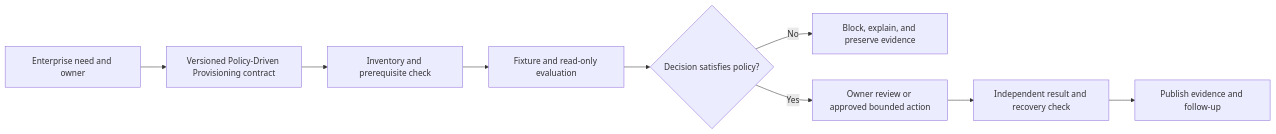
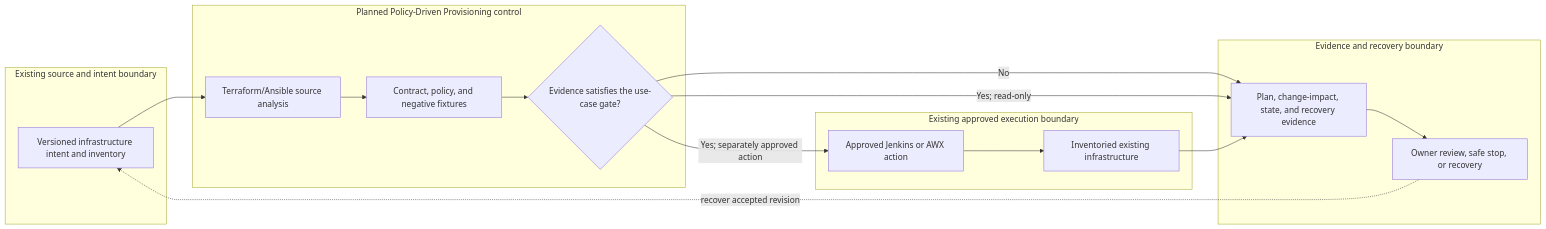
Before and after one commit to MIDHTECH/enterprise-architecture-docs: the diagram in docs/use-cases/infrastructure/UC-INFRA-012-policy-driven-provisioning.md, drawn with Mermaid. The commit also changed other lines of this file and 227 other files, not shown here.

Commit message:
Deepen architecture for all use case designs

````diff
--- a/docs/use-cases/infrastructure/UC-INFRA-012-policy-driven-provisioning.md
+++ b/docs/use-cases/infrastructure/UC-INFRA-012-policy-driven-provisioning.md
@@ -136,11 +129,25 @@
 ```mermaid
 flowchart LR
-    Need["Enterprise need and owner"] --> Contract["Versioned Policy-Driven Provisioning contract"]
-    Contract --> Preflight["Inventory and prerequisite check"]
-    Preflight --> Evaluate["Fixture and read-only evaluation"]
-    Evaluate --> Decision{"Decision satisfies policy?"}
-    Decision -->|No| Stop["Block, explain, and preserve evidence"]
-    Decision -->|Yes| Review["Owner review or approved bounded action"]
-    Review --> Verify["Independent result and recovery check"]
-    Verify --> Publish["Publish evidence and follow-up"]
+    subgraph Source["Existing source and intent boundary"]
+        A["Versioned infrastructure intent and inventory"]
+    end
+    subgraph Planned["Planned Policy-Driven Provisioning control"]
+        B["Terraform/Ansible source analysis"]
+        C["Contract, policy, and negative fixtures"]
+        D{"Evidence satisfies the use-case gate?"}
+    end
+    subgraph Runtime["Existing approved execution boundary"]
+        E["Approved Jenkins or AWX action"]
+        F["Inventoried existing infrastructure"]
+    end
+    subgraph Assurance["Evidence and recovery boundary"]
+        G["Plan, change-impact, state, and recovery evidence"]
+        H["Owner review, safe stop, or recovery"]
+    end
+
+    A --> B --> C --> D
+    D -->|No| G --> H
+    D -->|Yes; read-only| G
+    D -->|Yes; separately approved action| E --> F --> G
+    H -. recover accepted revision .-> A
 ```
````
